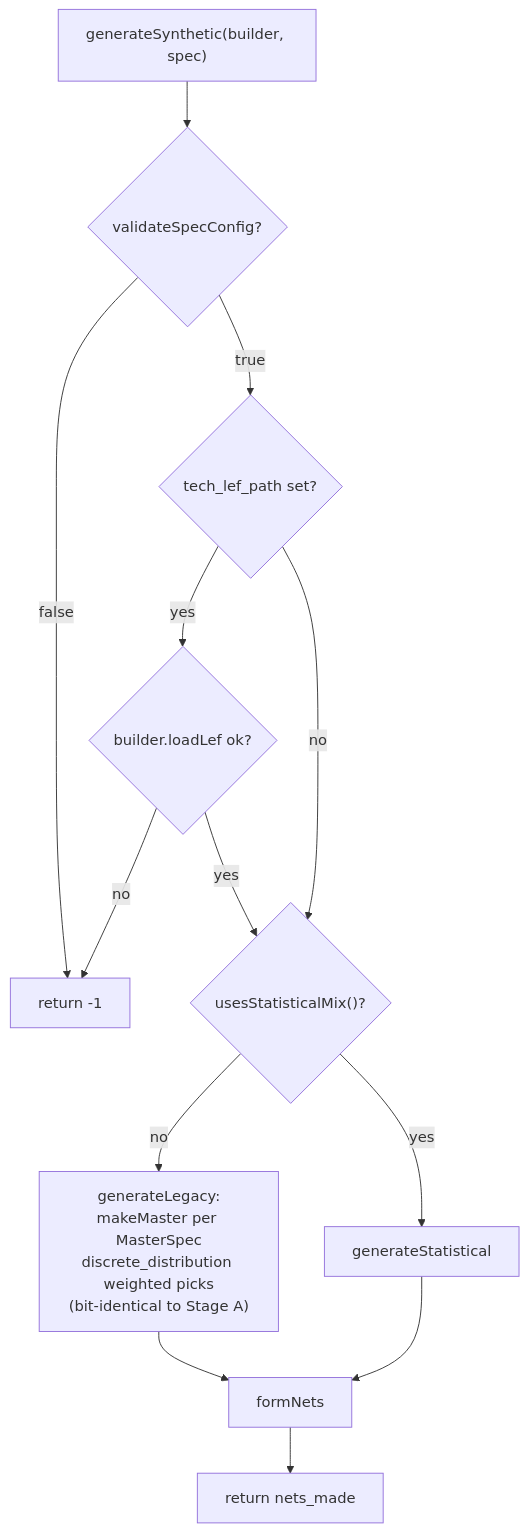
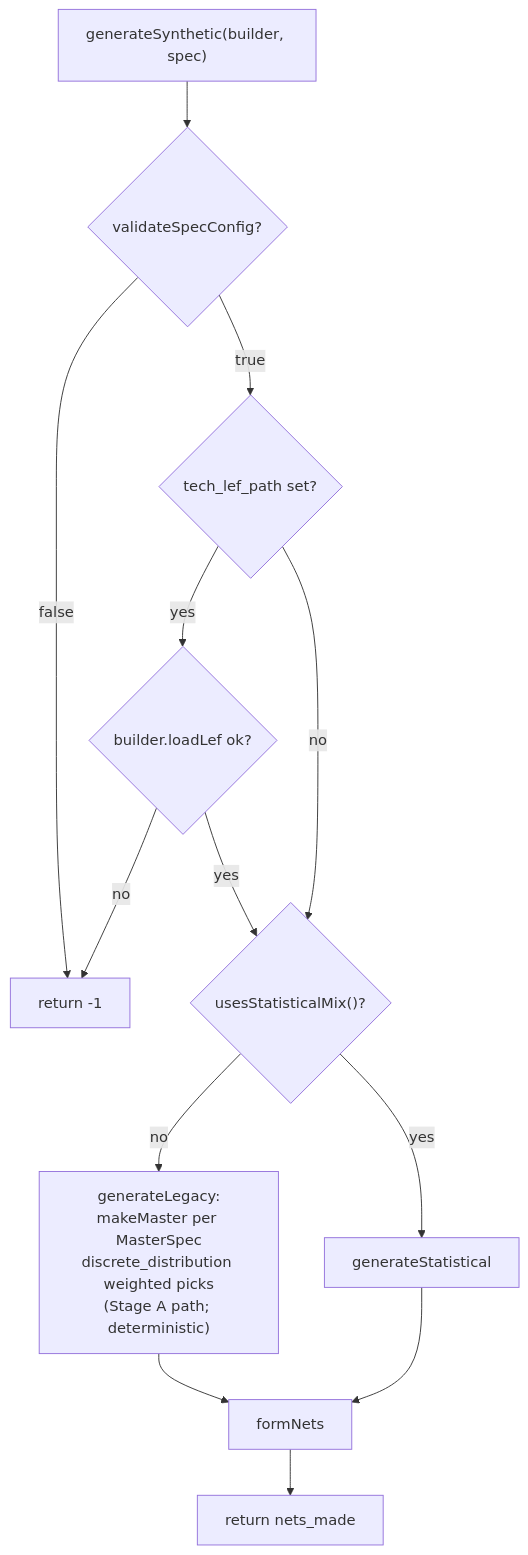
One commit to rfive88/eda-lab changed the fourth of 11 diagrams in src/engines/netlistgen/FLOW.md. Above: the diagram before and after it, drawn with Mermaid. The commit also changed other lines of this file and 6 other files, not shown here.

````diff
--- a/src/engines/netlistgen/FLOW.md
+++ b/src/engines/netlistgen/FLOW.md
@@ -131,15 +131,15 @@
 ```mermaid
 graph TD
   gs["generateSynthetic(builder, spec)"] --> val{"validateSpecConfig?"}
   val -->|false| r1["return -1"]
   val -->|true| lef{"tech_lef_path set?"}
   lef -->|yes| load{"builder.loadLef ok?"}
   load -->|no| r1
   load -->|yes| mode
   lef -->|no| mode{"usesStatisticalMix()?"}
-  mode -->|no| legacy["generateLegacy:<br/>makeMaster per MasterSpec<br/>discrete_distribution weighted picks<br/>(bit-identical to Stage A)"]
+  mode -->|no| legacy["generateLegacy:<br/>makeMaster per MasterSpec<br/>discrete_distribution weighted picks<br/>(Stage A path; deterministic)"]
   mode -->|yes| stat["generateStatistical"]
   legacy --> fn["formNets"]
   stat --> fn
   fn --> ret["return nets_made"]
 ```
````
